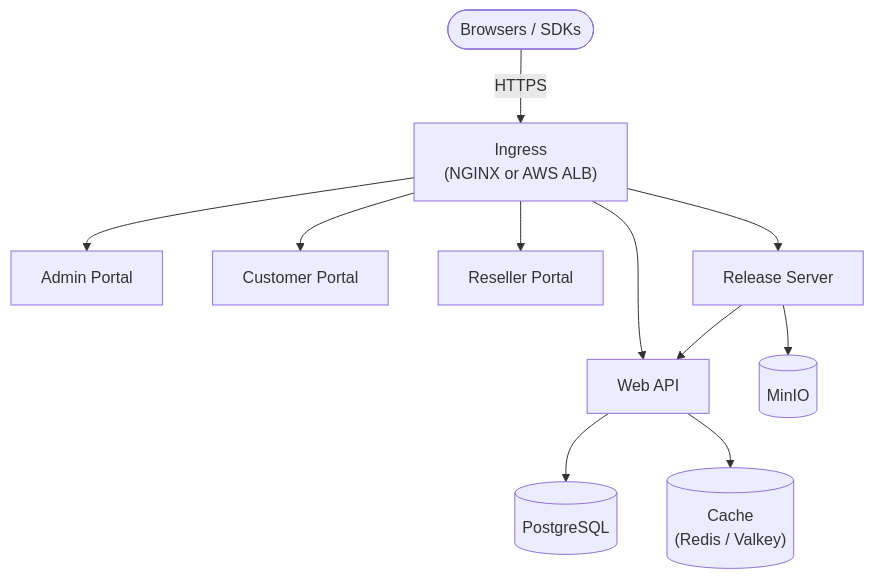
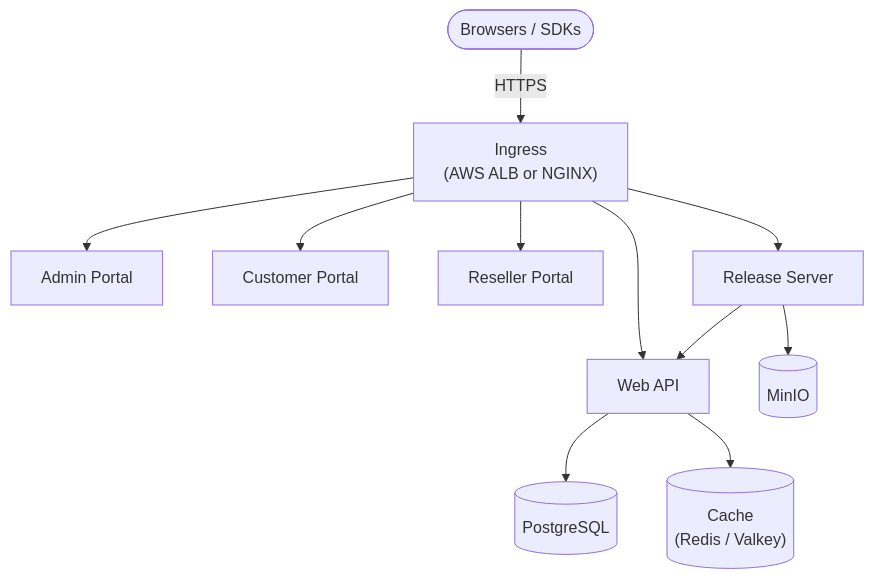
The diagram in README.md (cryptlex/helm-charts), drawn with Mermaid before and after one commit. The commit also changed other lines of this file, not shown here.

Commit message:
docs: recommend alb ingress over unmaintained ingress-nginx

````diff
--- a/README.md
+++ b/README.md
@@ -9,15 +9,15 @@
 ```mermaid
 flowchart TB
-    clients([Browsers / SDKs]) -- HTTPS --> ingress["Ingress<br>(NGINX or AWS ALB)"]
+    clients([Browsers / SDKs]) -- HTTPS --> ingress["Ingress<br>(AWS ALB or NGINX)"]
 
     ingress --> api[Web API]
     ingress --> admin[Admin Portal]
     ingress --> customer[Customer Portal]
     ingress --> reseller[Reseller Portal]
     ingress --> release[Release Server]
 
     api --> db[("PostgreSQL")]
     api --> cache[("Cache<br>(Redis / Valkey)")]
     release --> api
     release --> store[("MinIO")]
 ```
````
